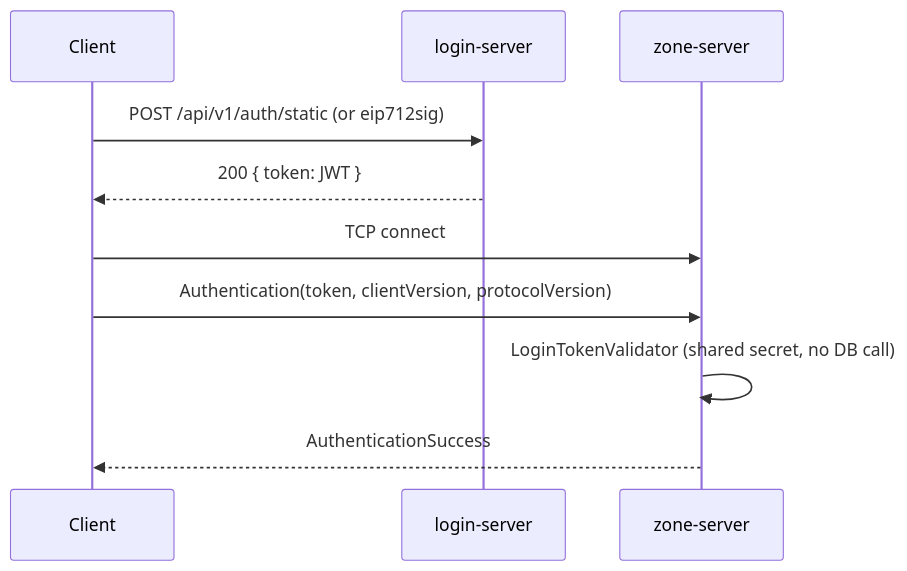
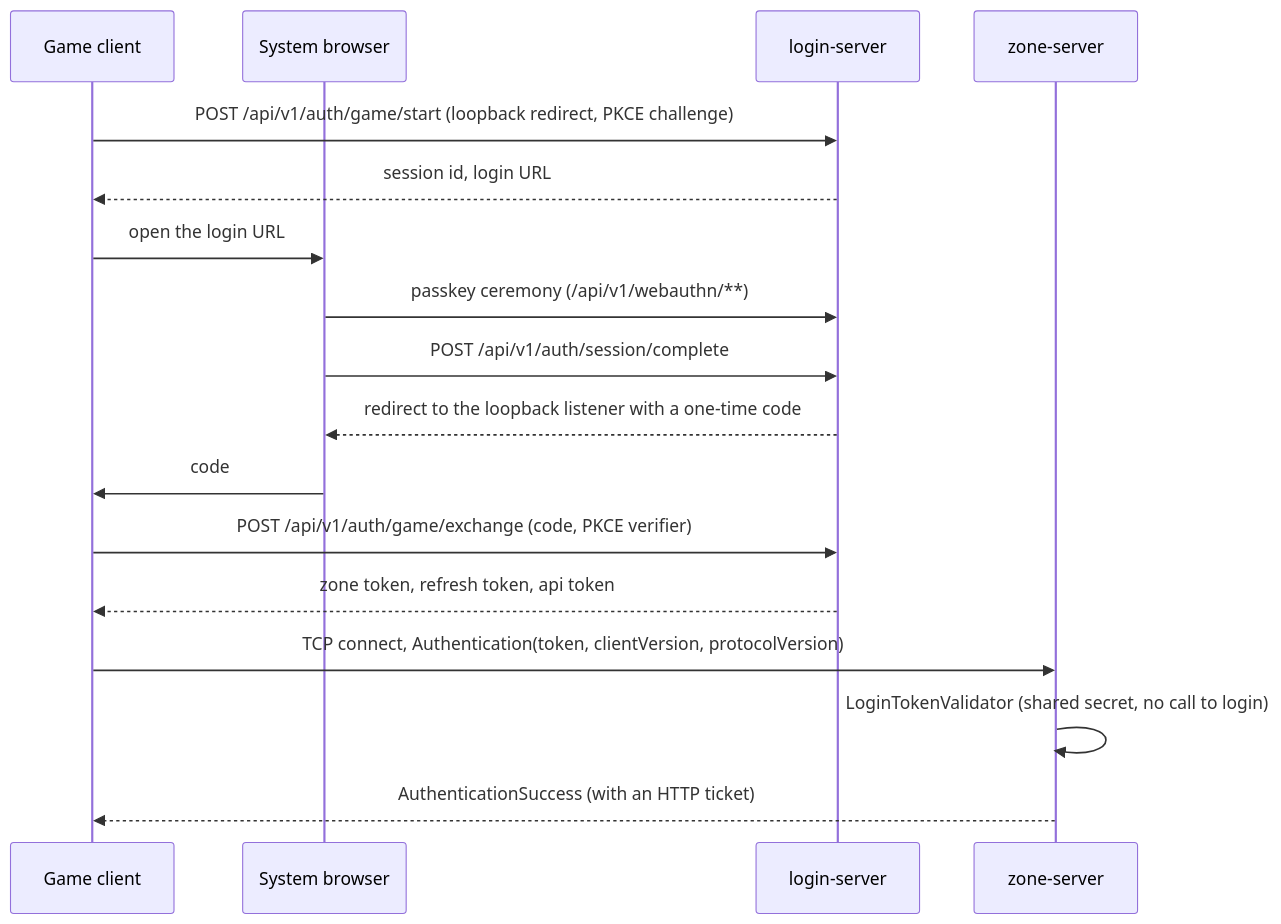
The diagram in content/docs/server/authentication.md (tfelix/bestia-docs), drawn with Mermaid before and after one commit. The commit also changed other lines of this file, not shown here.

First line of the commit message:
docs(server): rewrite authentication against the code

````diff
--- a/content/docs/server/authentication.md
+++ b/content/docs/server/authentication.md
@@ -11,13 +12,20 @@
 ```mermaid
 sequenceDiagram
-  participant C as Client
+  participant C as Game client
+  participant B as System browser
   participant L as login-server
   participant Z as zone-server
 
-  C->>L: POST /api/v1/auth/static (or eip712sig)
-  L-->>C: 200 { token: JWT }
-  C->>Z: TCP connect
-  C->>Z: Authentication(token, clientVersion, protocolVersion)
-  Z->>Z: LoginTokenValidator (shared secret, no DB call)
-  Z-->>C: AuthenticationSuccess
+  C->>L: POST /api/v1/auth/game/start (loopback redirect, PKCE challenge)
+  L-->>C: session id, login URL
+  C->>B: open the login URL
+  B->>L: passkey ceremony (/api/v1/webauthn/**)
+  B->>L: POST /api/v1/auth/session/complete
+  L-->>B: redirect to the loopback listener with a one-time code
+  B->>C: code
+  C->>L: POST /api/v1/auth/game/exchange (code, PKCE verifier)
+  L-->>C: zone token, refresh token, api token
+  C->>Z: TCP connect, Authentication(token, clientVersion, protocolVersion)
+  Z->>Z: LoginTokenValidator (shared secret, no call to login)
+  Z-->>C: AuthenticationSuccess (with an HTTP ticket)
 ```
````
